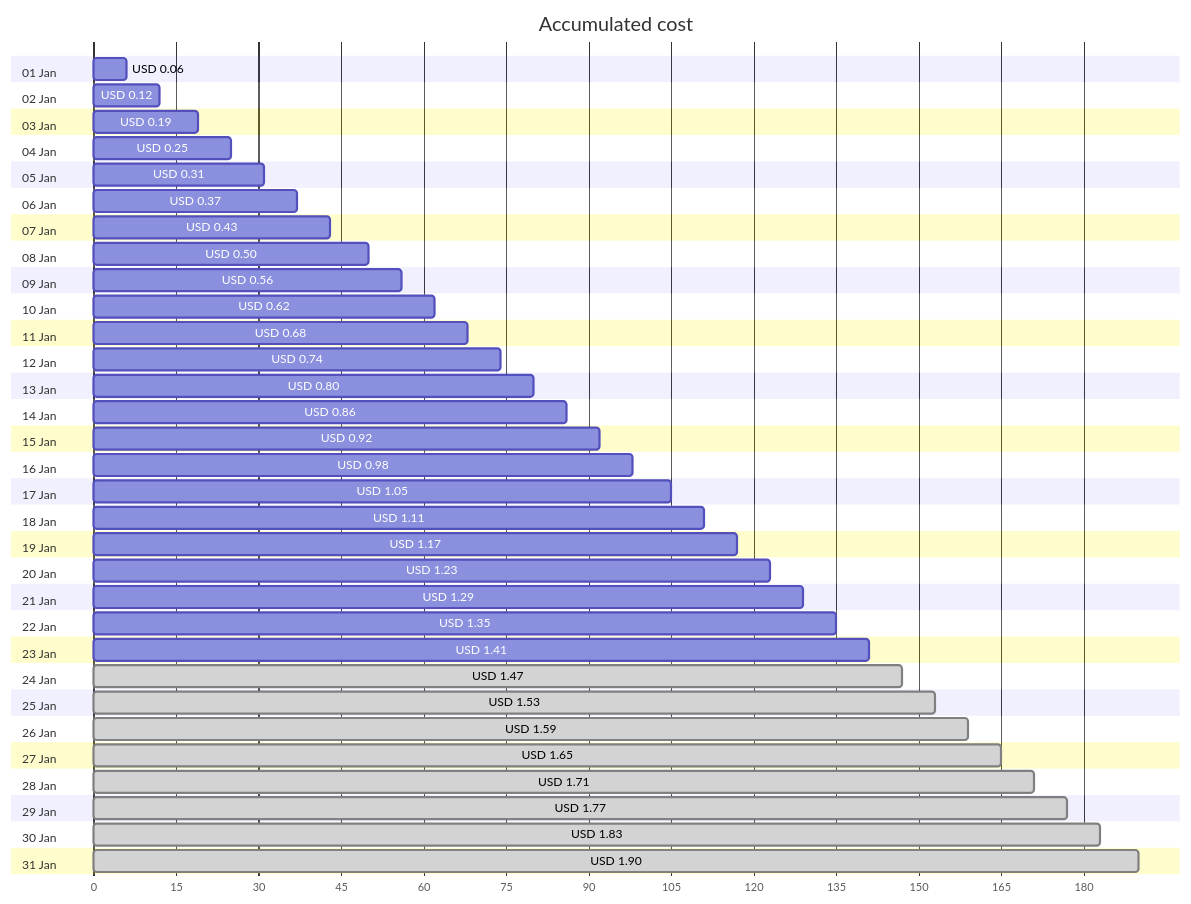
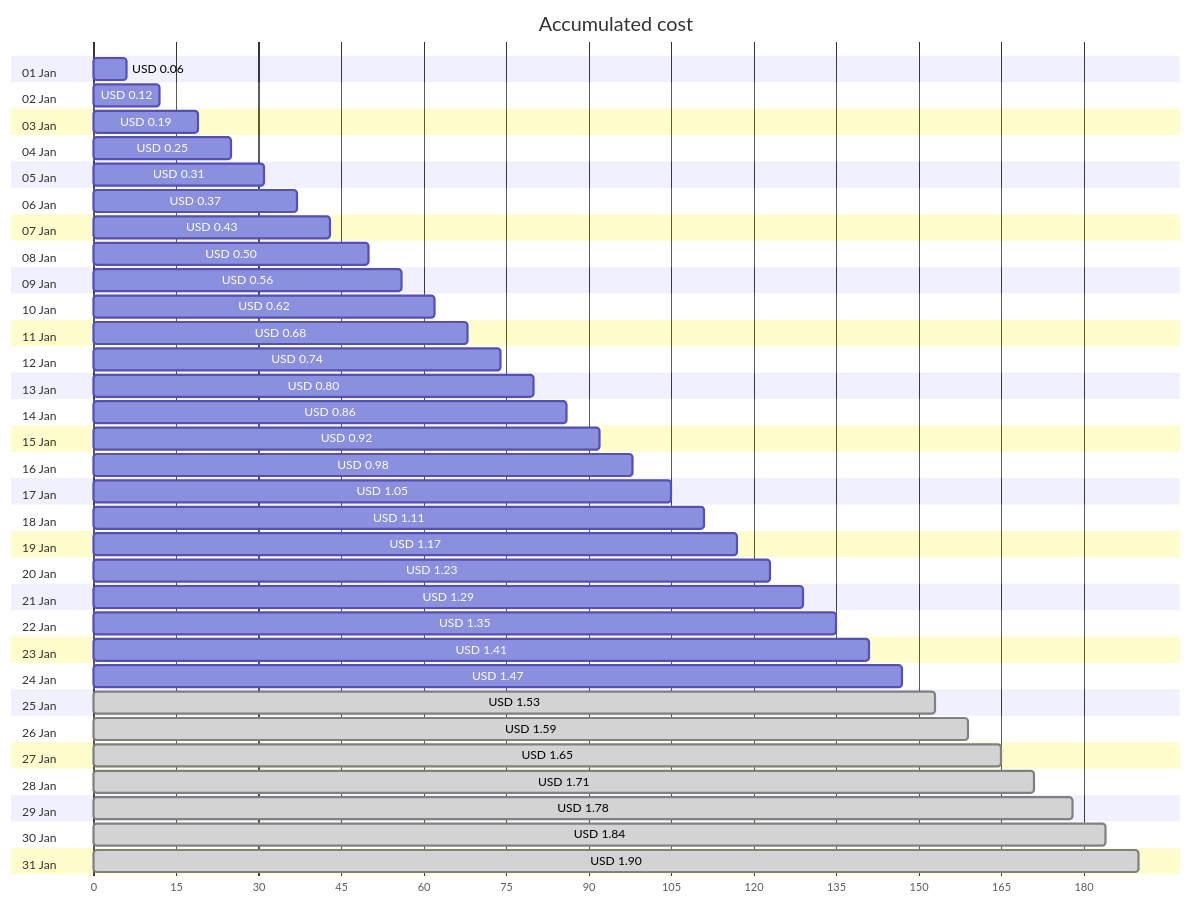
Before and after one commit to jpfulton/azure-personal-reports: the first of 4 diagrams in cost-reports/personal-network/backup-server_OsDisk.md, drawn with Mermaid. The commit also changed other lines of this file and 8 other files, not shown here.

````diff
--- a/cost-reports/personal-network/backup-server_OsDisk.md
+++ b/cost-reports/personal-network/backup-server_OsDisk.md
@@ -20,68 +20,68 @@
 ```mermaid
 gantt
    title Accumulated cost
    dateFormat  X
    axisFormat %s
    section 01 Jan
    USD 0.06 :0, 6
    section 02 Jan
    USD 0.12 :0, 12
    section 03 Jan
    USD 0.19 :0, 19
    section 04 Jan
    USD 0.25 :0, 25
    section 05 Jan
    USD 0.31 :0, 31
    section 06 Jan
    USD 0.37 :0, 37
    section 07 Jan
    USD 0.43 :0, 43
    section 08 Jan
    USD 0.50 :0, 50
    section 09 Jan
    USD 0.56 :0, 56
    section 10 Jan
    USD 0.62 :0, 62
    section 11 Jan
    USD 0.68 :0, 68
    section 12 Jan
    USD 0.74 :0, 74
    section 13 Jan
    USD 0.80 :0, 80
    section 14 Jan
    USD 0.86 :0, 86
    section 15 Jan
    USD 0.92 :0, 92
    section 16 Jan
    USD 0.98 :0, 98
    section 17 Jan
    USD 1.05 :0, 105
    section 18 Jan
    USD 1.11 :0, 111
    section 19 Jan
    USD 1.17 :0, 117
    section 20 Jan
    USD 1.23 :0, 123
    section 21 Jan
    USD 1.29 :0, 129
    section 22 Jan
    USD 1.35 :0, 135
    section 23 Jan
    USD 1.41 :0, 141
    section 24 Jan
-   USD 1.47 : done, 0, 147
+   USD 1.47 :0, 147
    section 25 Jan
    USD 1.53 : done, 0, 153
    section 26 Jan
    USD 1.59 : done, 0, 159
    section 27 Jan
    USD 1.65 : done, 0, 165
    section 28 Jan
    USD 1.71 : done, 0, 171
    section 29 Jan
-   USD 1.77 : done, 0, 177
+   USD 1.78 : done, 0, 178
    section 30 Jan
-   USD 1.83 : done, 0, 183
+   USD 1.84 : done, 0, 184
    section 31 Jan
    USD 1.90 : done, 0, 190
 ```
````
